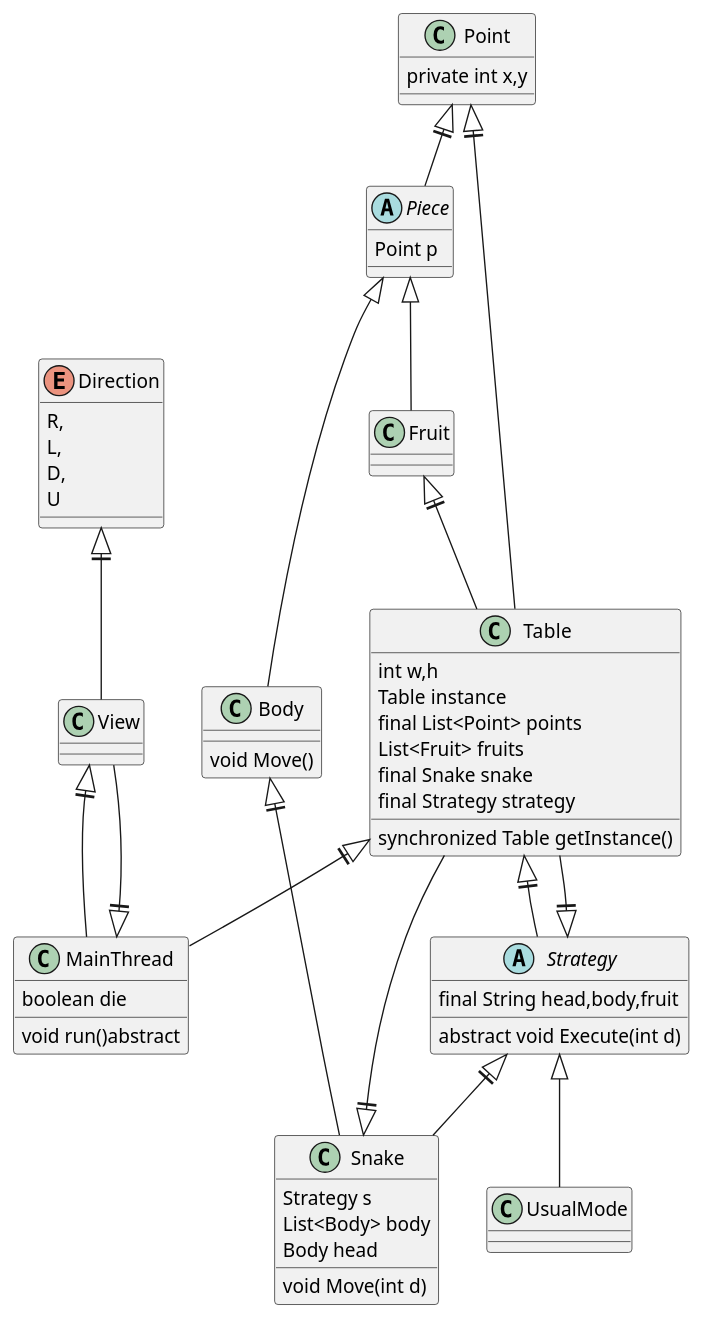
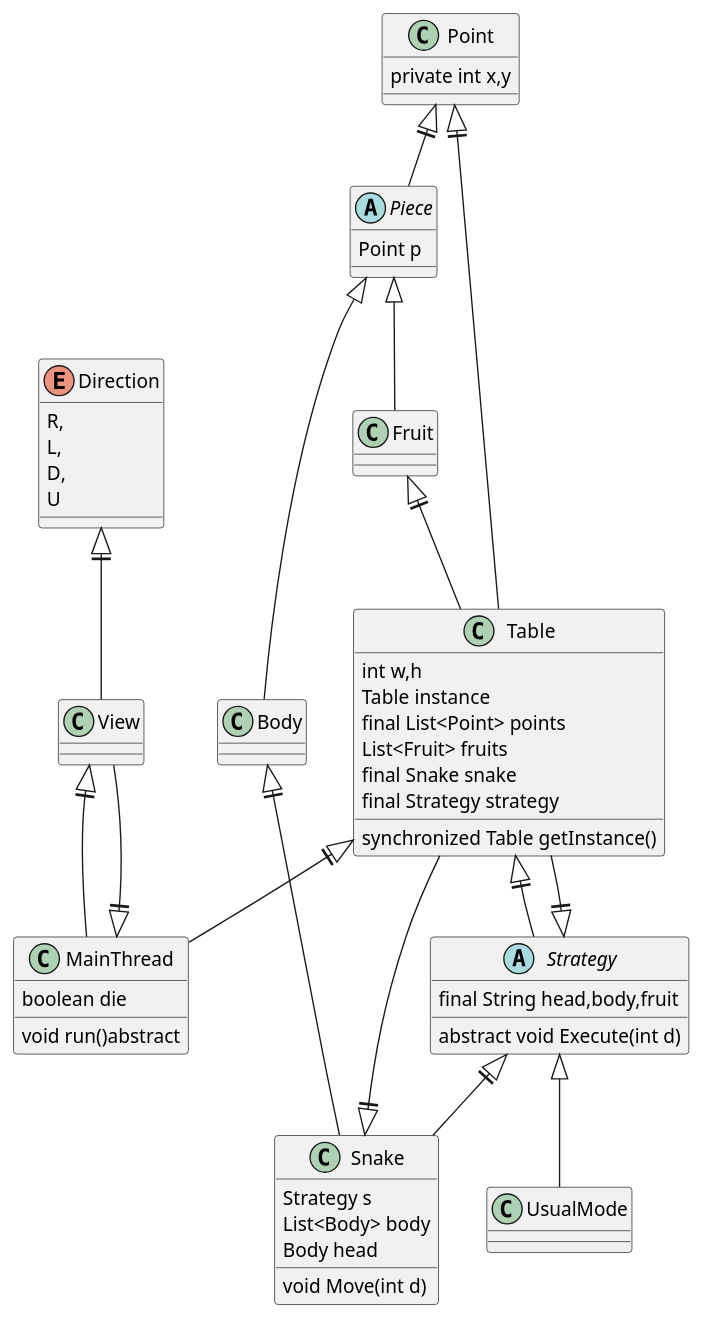
Before and after one commit to amirhsz/Snake: the diagram in src/main/resources/Core Diagram.puml, drawn with PlantUML. The commit also changed 1 other file, not shown here.

Commit message:
Body done. move method  removed because we can use setP()

```diff
--- a/src/main/resources/Core Diagram.puml
+++ b/src/main/resources/Core Diagram.puml
@@ -1,83 +1,83 @@
 @startuml
 'https://plantuml.com/class-diagram
 
 enum Direction{
     R,
     L,
     D,
     U
 }
 
 abstract Piece{
     Point p
     'Constructor, Getter and Setter for p
 }
 
 class Fruit{
 
 }
 
 class Body{
-    void Move()
+
 }
 
 class Point{
     private int x,y
     'Constructor, Getter and Setter for x, y;
 }
 
 class Table{
     int w,h
     Table instance
     'Constructor, Getter and Setter for x, y;
     final List<Point> points
     List<Fruit> fruits
     final Snake snake
     final Strategy strategy
     'Constructor
     synchronized Table getInstance()
 }
 
 class Snake{
     Strategy s
     List<Body> body
     void Move(int d)
     Body head
 
 }
 
 abstract Strategy{
     final String head,body,fruit
     'Getter and Setter
     abstract void Execute(int d)
     'If died set die value true in MainThread
 }
 
 class UsualMode{
 
 }
 
 class MainThread{
     boolean die
     void run()abstract
 }
 
 Point<||-- Table
 Snake<||-- Table
 Fruit<||-- Table
 Strategy<||--Snake
 Point<||--Piece
 Body<||--Snake
 Table<||--MainThread
 Table<||--Strategy
 Strategy<||--Table
 MainThread<||--View
 View<||--MainThread
 Direction<||--View
 'View means our GUI
 
 Piece<|-- Fruit
 Piece<|-- Body
 Strategy<|-- UsualMode
 
 @enduml
```
